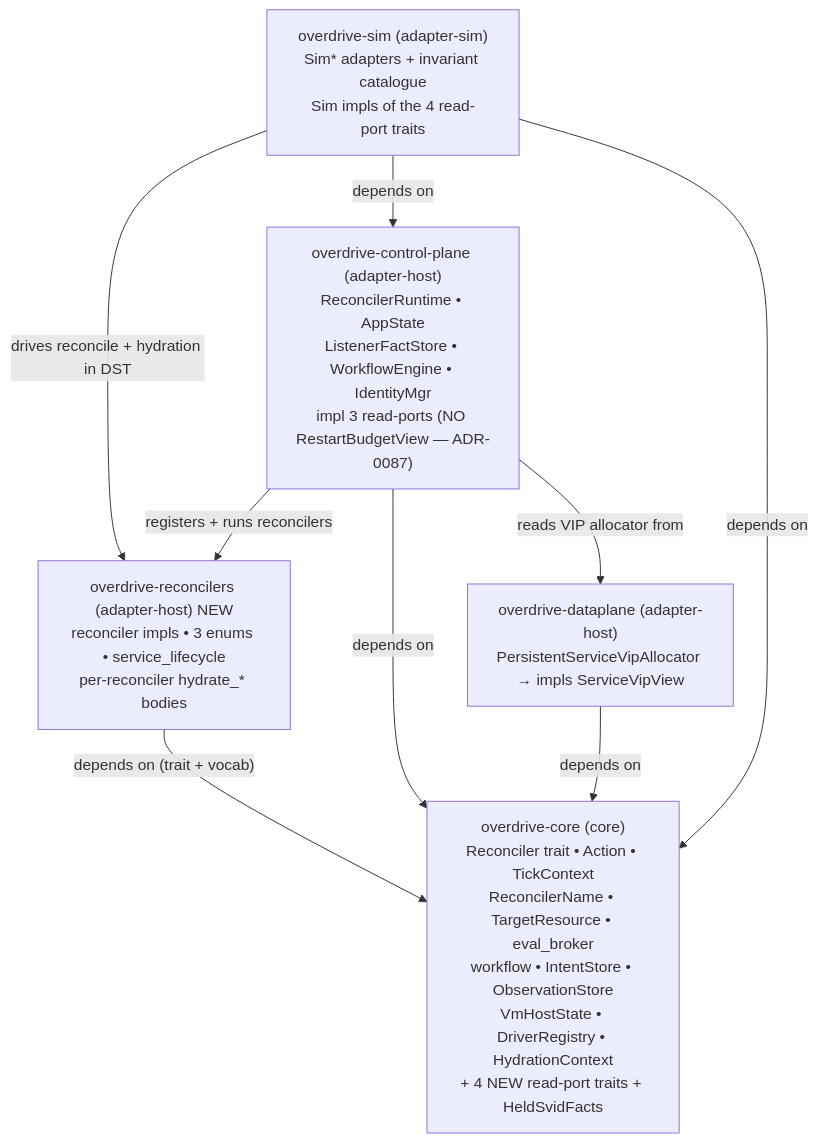
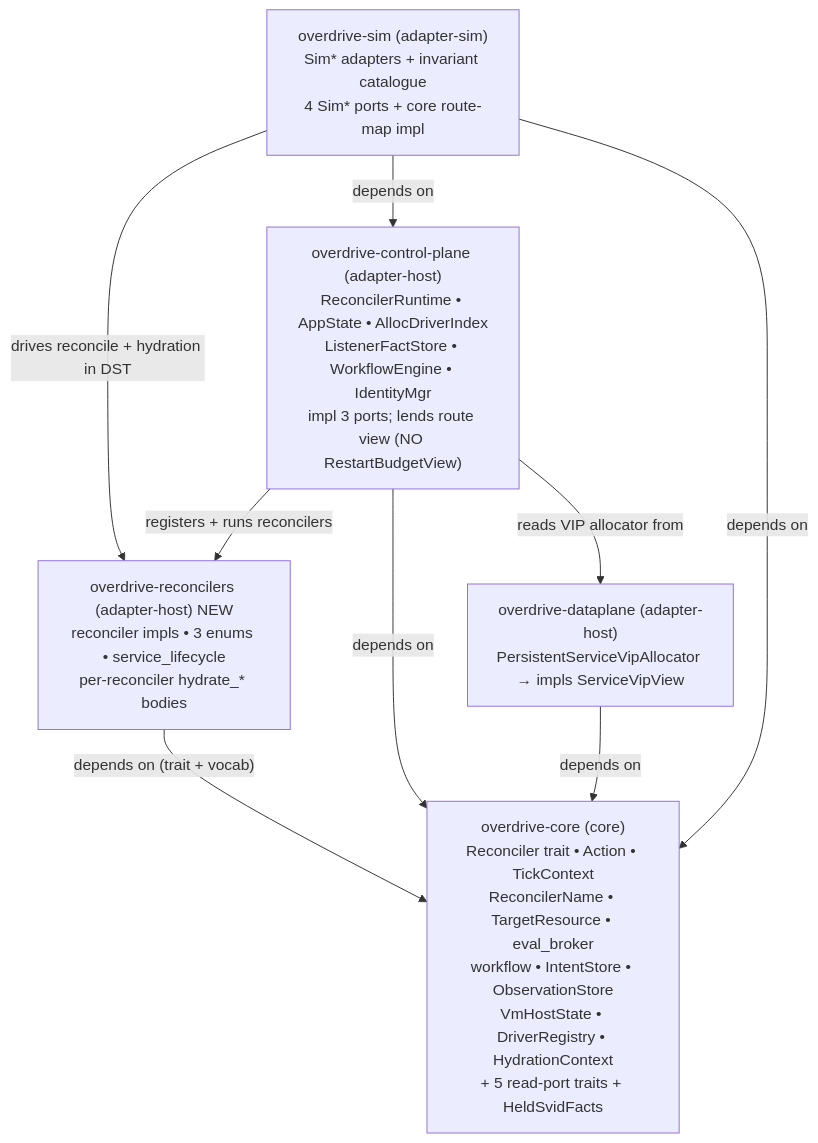
The diagram in docs/product/architecture/adr-0086-reconcilers-own-hydration-overdrive-reconcilers-crate.md (overdrive-sh/overdrive), drawn with Mermaid before and after one commit. The commit also changed other lines of this file and 7 other files, not shown here.

````diff
--- a/docs/product/architecture/adr-0086-reconcilers-own-hydration-overdrive-reconcilers-crate.md
+++ b/docs/product/architecture/adr-0086-reconcilers-own-hydration-overdrive-reconcilers-crate.md
@@ -194,17 +216,17 @@
 ```mermaid
 graph TD
-    core["overdrive-core (core)<br/>Reconciler trait • Action • TickContext<br/>ReconcilerName • TargetResource • eval_broker<br/>workflow • IntentStore • ObservationStore<br/>VmHostState • DriverRegistry • HydrationContext<br/>+ 4 NEW read-port traits + HeldSvidFacts"]
+    core["overdrive-core (core)<br/>Reconciler trait • Action • TickContext<br/>ReconcilerName • TargetResource • eval_broker<br/>workflow • IntentStore • ObservationStore<br/>VmHostState • DriverRegistry • HydrationContext<br/>+ 5 read-port traits + HeldSvidFacts"]
     recon["overdrive-reconcilers (adapter-host) NEW<br/>reconciler impls • 3 enums • service_lifecycle<br/>per-reconciler hydrate_* bodies"]
-    cp["overdrive-control-plane (adapter-host)<br/>ReconcilerRuntime • AppState<br/>ListenerFactStore • WorkflowEngine • IdentityMgr<br/>impl 3 read-ports (NO RestartBudgetView — ADR-0087)"]
+    cp["overdrive-control-plane (adapter-host)<br/>ReconcilerRuntime • AppState • AllocDriverIndex<br/>ListenerFactStore • WorkflowEngine • IdentityMgr<br/>impl 3 ports; lends route view (NO RestartBudgetView)"]
     dp["overdrive-dataplane (adapter-host)<br/>PersistentServiceVipAllocator → impls ServiceVipView"]
-    sim["overdrive-sim (adapter-sim)<br/>Sim* adapters + invariant catalogue<br/>Sim impls of the 4 read-port traits"]
+    sim["overdrive-sim (adapter-sim)<br/>Sim* adapters + invariant catalogue<br/>4 Sim* ports + core route-map impl"]
 
     recon -->|"depends on (trait + vocab)"| core
     cp -->|"registers + runs reconcilers"| recon
     cp -->|"depends on"| core
     cp -->|"reads VIP allocator from"| dp
     dp -->|"depends on"| core
     sim -->|"drives reconcile + hydration in DST"| recon
     sim -->|"depends on"| cp
     sim -->|"depends on"| core
 ```
````
